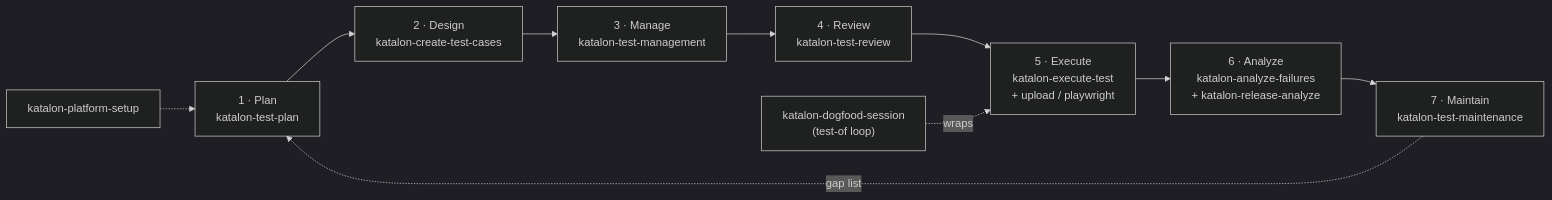
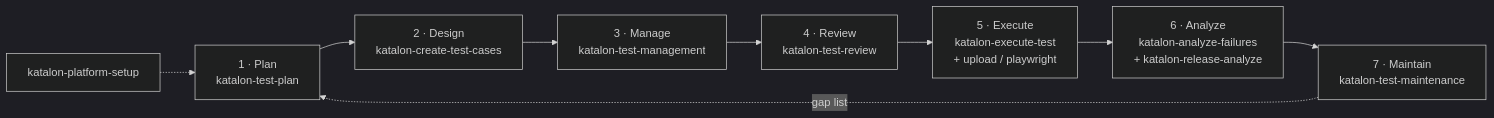
The diagram in README.md (katalon-labs/true-skills), drawn with Mermaid (dark theme) before and after one commit. The commit also changed other lines of this file and 33 other files, not shown here.

First line of the commit message:
feat(skills)!: remove katalon-dogfood-session (13 skills)

````diff
--- a/README.md
+++ b/README.md
@@ -67,12 +67,11 @@
 ```mermaid
 flowchart LR
   P["1 · Plan<br/>katalon-test-plan"] --> D["2 · Design<br/>katalon-create-test-cases"]
   D --> M["3 · Manage<br/>katalon-test-management"]
   M --> R["4 · Review<br/>katalon-test-review"]
   R --> E["5 · Execute<br/>katalon-execute-test<br/>+ upload / playwright"]
   E --> A["6 · Analyze<br/>katalon-analyze-failures<br/>+ katalon-release-analyze"]
   A --> T["7 · Maintain<br/>katalon-test-maintenance"]
   T -. gap list .-> P
   S["katalon-platform-setup"] -.-> P
-  DF["katalon-dogfood-session<br/>(test-of loop)"] -.wraps.-> E
 ```
````
